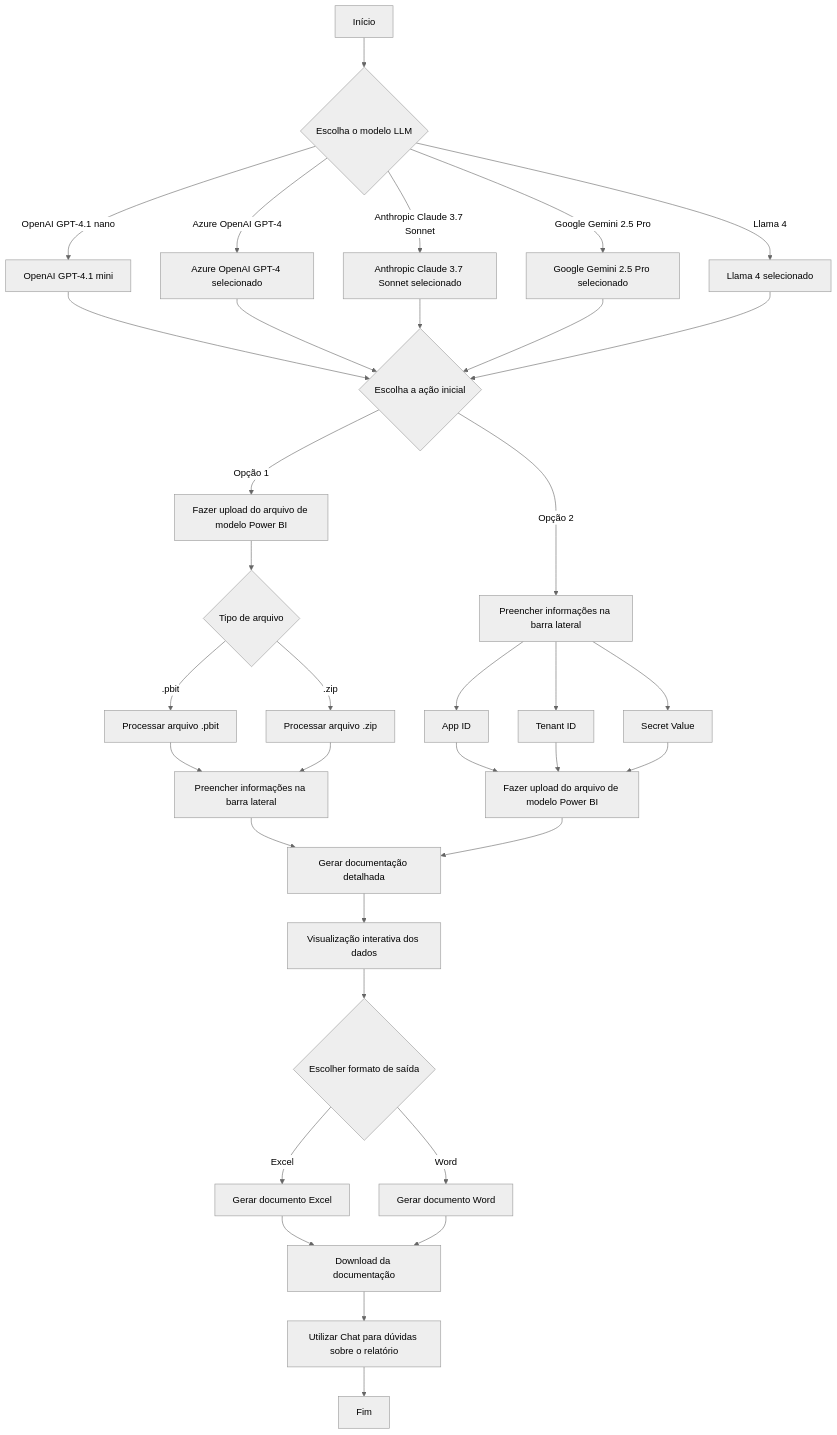
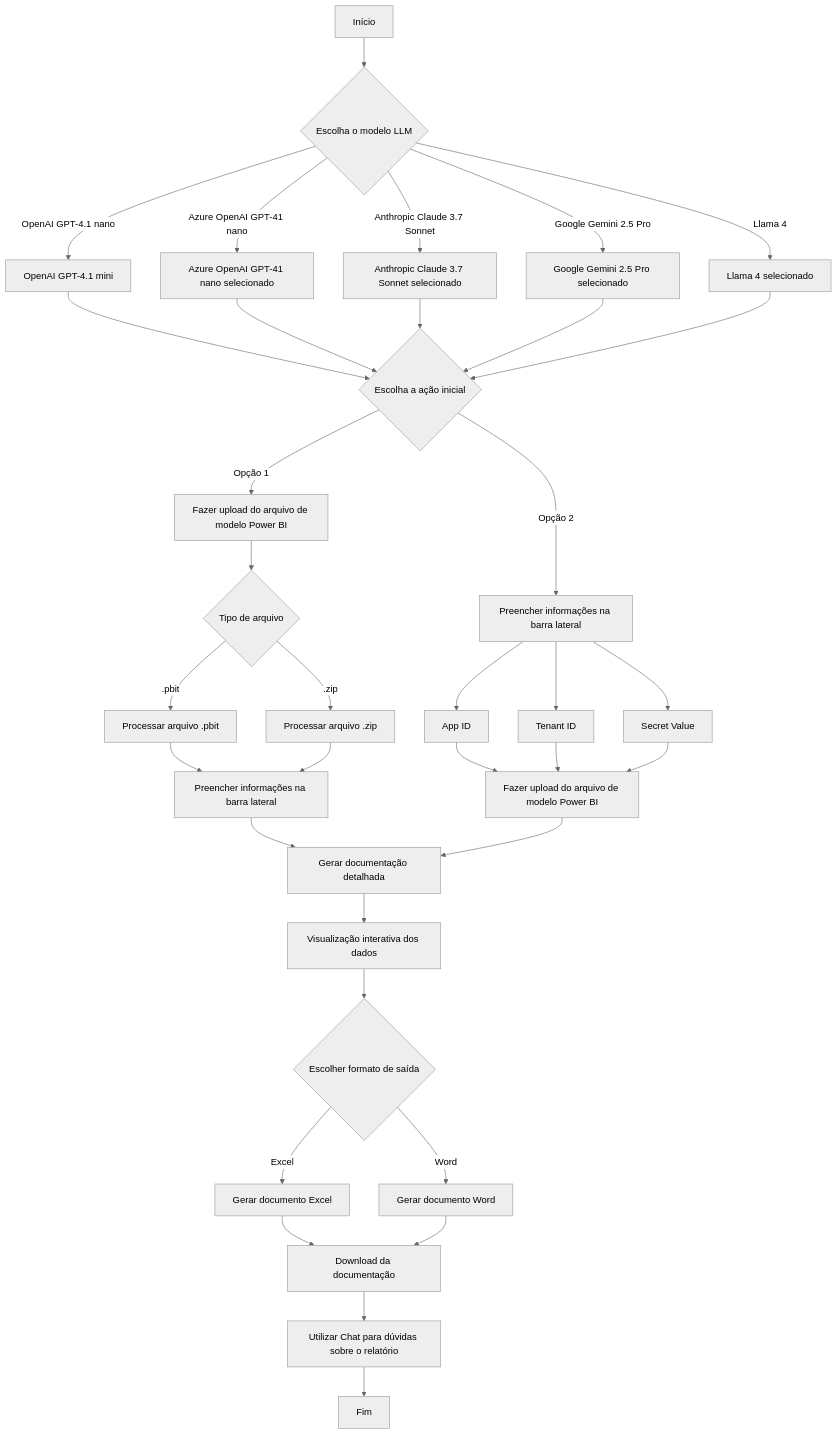
Before and after one commit to LawrenceTeixeira/PBIAutoDoc: the diagram in README.md, drawn with Mermaid (neutral theme).

Commit message:
modified:   README.md

````diff
--- a/README.md
+++ b/README.md
@@ -32,37 +32,37 @@
 ```mermaid
 graph TD
     A[Início] --> B{Escolha o modelo LLM}
     B -->|OpenAI GPT-4.1 nano| C[OpenAI GPT-4.1 mini]
-    B -->|Azure OpenAI GPT-4| D[Azure OpenAI GPT-4 selecionado]
+    B -->|Azure OpenAI GPT-41 nano| D[Azure OpenAI GPT-41 nano selecionado]
     B -->|Anthropic Claude 3.7 Sonnet| E[Anthropic Claude 3.7 Sonnet selecionado]
     B -->|Google Gemini 2.5 Pro| F[Google Gemini 2.5 Pro selecionado]
     B -->|Llama 4| G[Llama 4 selecionado]
     C --> H{Escolha a ação inicial}
     D --> H
     E --> H
     F --> H
     G --> H
     H -->|Opção 1| I[Fazer upload do arquivo de modelo Power BI]
     H -->|Opção 2| J[Preencher informações na barra lateral]
     I --> K{Tipo de arquivo}
     K -->|.pbit| L[Processar arquivo .pbit]
     K -->|.zip| M[Processar arquivo .zip]
     J --> N[App ID]
     J --> O[Tenant ID]
     J --> P[Secret Value]
     L --> Q[Preencher informações na barra lateral]
     M --> Q
     N --> R[Fazer upload do arquivo de modelo Power BI]
     O --> R
     P --> R
     Q --> S[Gerar documentação detalhada]
     R --> S
     S --> T[Visualização interativa dos dados]
     T --> U{Escolher formato de saída}
     U -->|Excel| V[Gerar documento Excel]
     U -->|Word| W[Gerar documento Word]
     V --> X[Download da documentação]
     W --> X
     X --> Z[Utilizar Chat para dúvidas sobre o relatório]
     Z --> Y[Fim]
 ```
````
